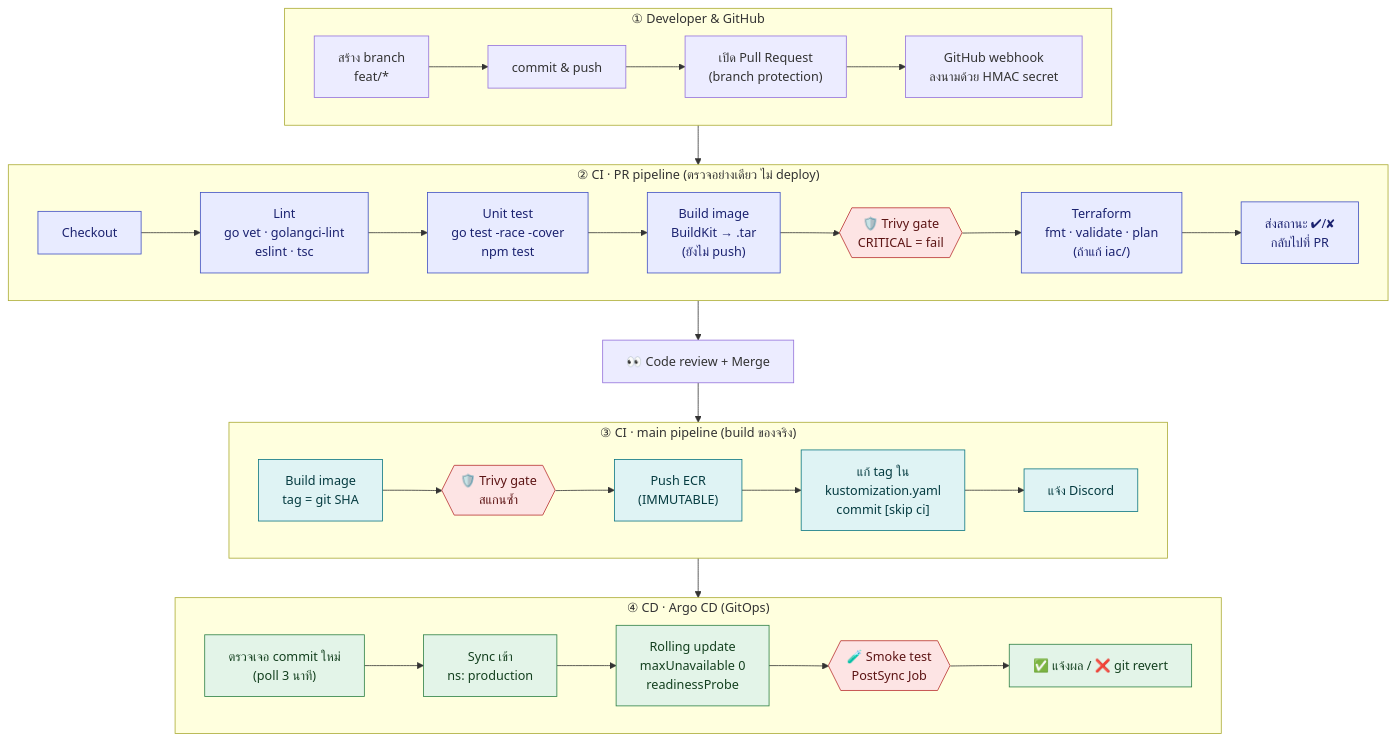
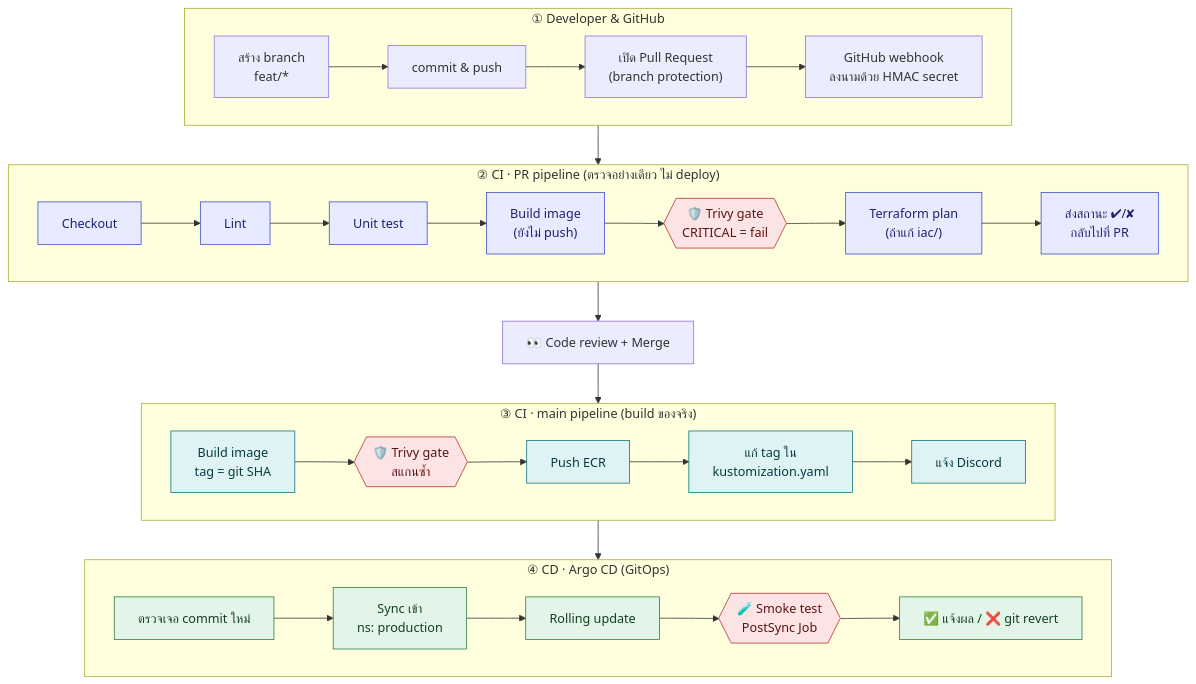
Before and after one commit to suphanatchanlek30/Thai-Gov-Processor: the diagram in README.md, drawn with Mermaid. The commit also changed other lines of this file and 13 other files, not shown here.

````diff
--- a/README.md
+++ b/README.md
@@ -643,36 +62,36 @@
 ```mermaid
 flowchart TB
     subgraph L1["① Developer & GitHub"]
         direction LR
         a1["สร้าง branch<br/>feat/*"] --> a2["commit & push"] --> a3["เปิด Pull Request<br/>(branch protection)"] --> a4["GitHub webhook<br/>ลงนามด้วย HMAC secret"]
     end
 
     subgraph L2["② CI · PR pipeline (ตรวจอย่างเดียว ไม่ deploy)"]
         direction LR
-        b1["Checkout"] --> b2["Lint<br/>go vet · golangci-lint<br/>eslint · tsc"] --> b3["Unit test<br/>go test -race -cover<br/>npm test"] --> b4["Build image<br/>BuildKit → .tar<br/>(ยังไม่ push)"] --> b5{{"🛡️ Trivy gate<br/>CRITICAL = fail"}} --> b6["Terraform<br/>fmt · validate · plan<br/>(ถ้าแก้ iac/)"] --> b7["ส่งสถานะ ✔/✘<br/>กลับไปที่ PR"]
+        b1["Checkout"] --> b2["Lint"] --> b3["Unit test"] --> b4["Build image<br/>(ยังไม่ push)"] --> b5{{"🛡️ Trivy gate<br/>CRITICAL = fail"}} --> b6["Terraform plan<br/>(ถ้าแก้ iac/)"] --> b7["ส่งสถานะ ✔/✘<br/>กลับไปที่ PR"]
     end
 
     subgraph L3["③ CI · main pipeline (build ของจริง)"]
         direction LR
-        c1["Build image<br/>tag = git SHA"] --> c2{{"🛡️ Trivy gate<br/>สแกนซ้ำ"}} --> c3["Push ECR<br/>(IMMUTABLE)"] --> c4["แก้ tag ใน<br/>kustomization.yaml<br/>commit [skip ci]"] --> c5["แจ้ง Discord"]
+        c1["Build image<br/>tag = git SHA"] --> c2{{"🛡️ Trivy gate<br/>สแกนซ้ำ"}} --> c3["Push ECR"] --> c4["แก้ tag ใน<br/>kustomization.yaml"] --> c5["แจ้ง Discord"]
     end
 
     subgraph L4["④ CD · Argo CD (GitOps)"]
         direction LR
-        d1["ตรวจเจอ commit ใหม่<br/>(poll 3 นาที)"] --> d2["Sync เข้า<br/>ns: production"] --> d3["Rolling update<br/>maxUnavailable 0<br/>readinessProbe"] --> d4{{"🧪 Smoke test<br/>PostSync Job"}} --> d5["✅ แจ้งผล / ❌ git revert"]
+        d1["ตรวจเจอ commit ใหม่"] --> d2["Sync เข้า<br/>ns: production"] --> d3["Rolling update"] --> d4{{"🧪 Smoke test<br/>PostSync Job"}} --> d5["✅ แจ้งผล / ❌ git revert"]
     end
 
     a4 --> b1
     b7 --> rv["👀 Code review + Merge"]
     rv --> c1
     c5 --> d1
 
     classDef gate fill:#fde4e4,stroke:#b83030,color:#5c1414
     classDef pr fill:#e8ebff,stroke:#3f4fc2,color:#1b2270
     classDef main fill:#dff3f4,stroke:#0a7580,color:#053b40
     classDef cd fill:#e3f4e8,stroke:#2b7f43,color:#14401f
     class b1,b2,b3,b4,b6,b7 pr
     class c1,c3,c4,c5 main
     class d1,d2,d3,d5 cd
     class b5,c2,d4 gate
 ```
````
